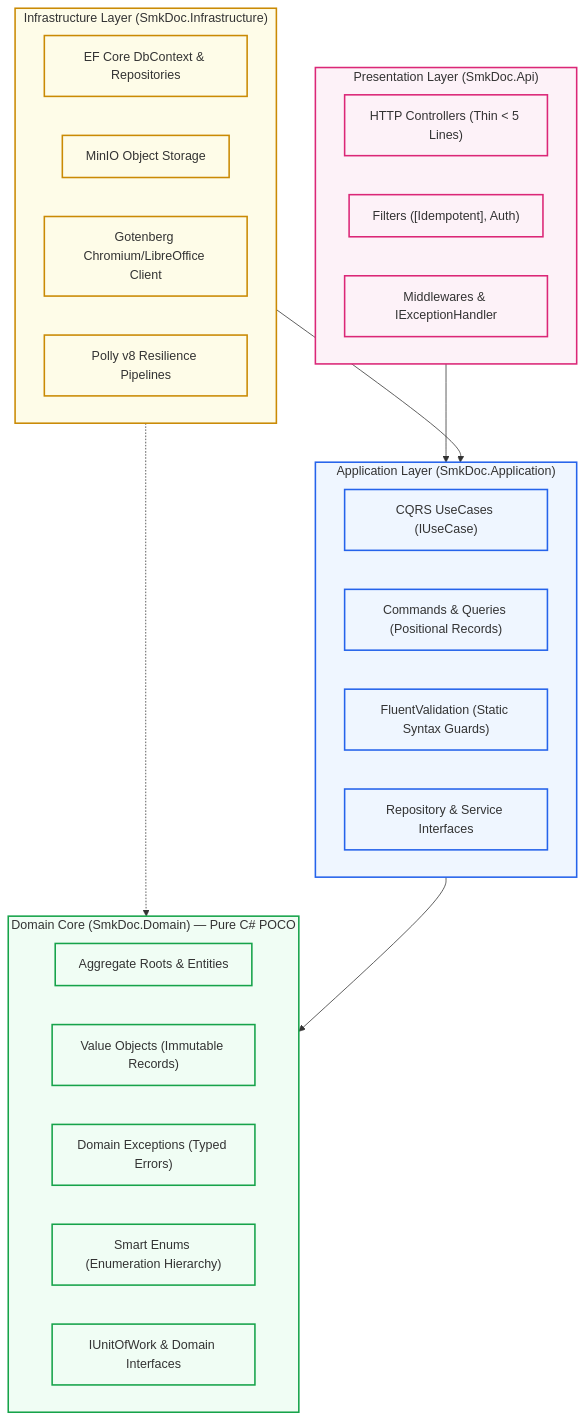
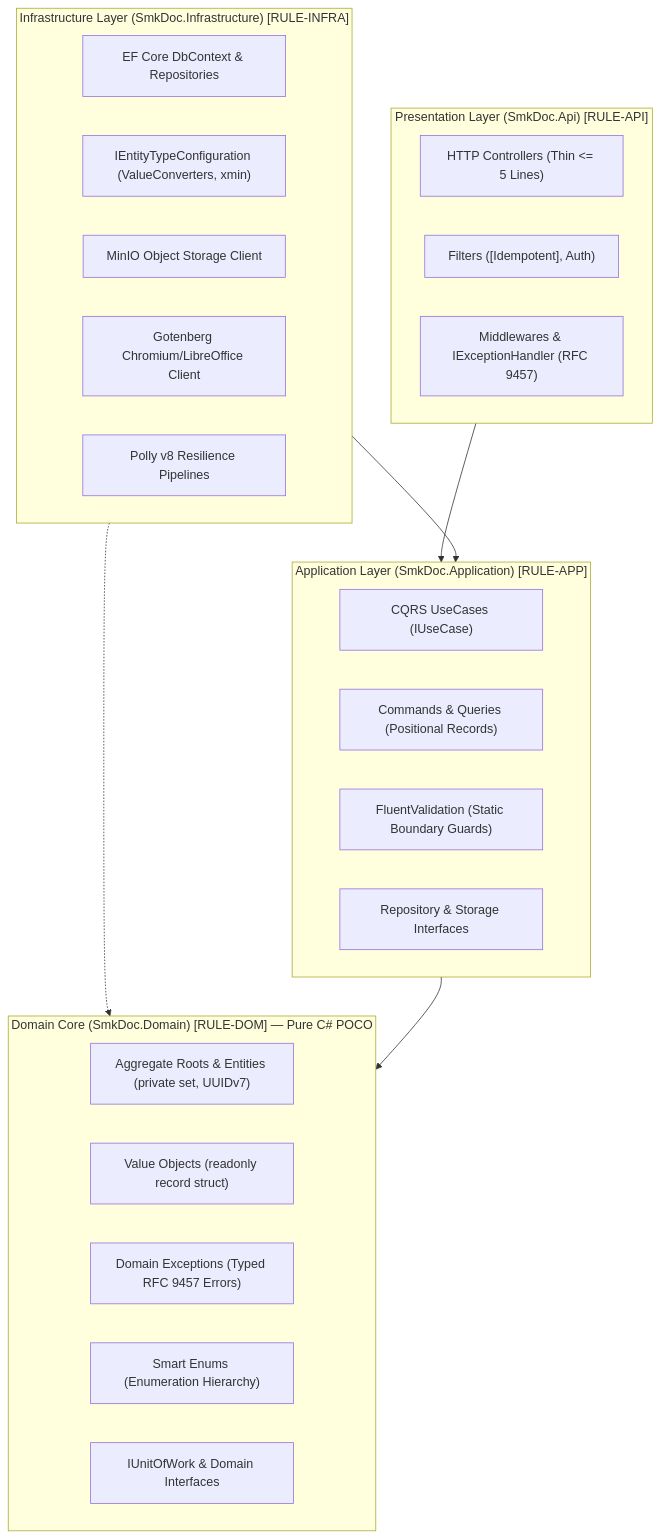
Before and after one commit to suang05/doc_template: the first of 2 diagrams in docs/AI/PATTERNS.md, drawn with Mermaid. The commit also changed other lines of this file and 1 other file, not shown here.

````diff
--- a/docs/AI/PATTERNS.md
+++ b/docs/AI/PATTERNS.md
@@ -15,45 +16,36 @@
 ```mermaid
 graph TD
-    subgraph Presentation ["Presentation Layer (SmkDoc.Api)"]
-        Controllers["HTTP Controllers (Thin < 5 Lines)"]
+    subgraph Presentation ["Presentation Layer (SmkDoc.Api) [RULE-API]"]
+        Controllers["HTTP Controllers (Thin <= 5 Lines)"]
         Filters["Filters ([Idempotent], Auth)"]
-        Middlewares["Middlewares & IExceptionHandler"]
+        Middlewares["Middlewares & IExceptionHandler (RFC 9457)"]
     end
 
-    subgraph Application ["Application Layer (SmkDoc.Application)"]
+    subgraph Application ["Application Layer (SmkDoc.Application) [RULE-APP]"]
         UseCases["CQRS UseCases (IUseCase<TCommand, TResult>)"]
         Commands["Commands & Queries (Positional Records)"]
-        Validators["FluentValidation (Static Syntax Guards)"]
-        AppInterfaces["Repository & Service Interfaces"]
+        Validators["FluentValidation (Static Boundary Guards)"]
+        AppInterfaces["Repository & Storage Interfaces"]
     end
 
-    subgraph Infrastructure ["Infrastructure Layer (SmkDoc.Infrastructure)"]
+    subgraph Infrastructure ["Infrastructure Layer (SmkDoc.Infrastructure) [RULE-INFRA]"]
         EfCore["EF Core DbContext & Repositories"]
-        MinioStore["MinIO Object Storage"]
+        FluentConfig["IEntityTypeConfiguration<T> (ValueConverters, xmin)"]
+        MinioStore["MinIO Object Storage Client"]
         GotenbergClient["Gotenberg Chromium/LibreOffice Client"]
         Resilience["Polly v8 Resilience Pipelines"]
     end
 
-    subgraph Domain ["Domain Core (SmkDoc.Domain) — Pure C# POCO"]
-        Aggregates["Aggregate Roots & Entities"]
-        ValueObjects["Value Objects (Immutable Records)"]
-        DomainExceptions["Domain Exceptions (Typed Errors)"]
+    subgraph Domain ["Domain Core (SmkDoc.Domain) [RULE-DOM] — Pure C# POCO"]
+        Aggregates["Aggregate Roots & Entities (private set, UUIDv7)"]
+        ValueObjects["Value Objects (readonly record struct)"]
+        DomainExceptions["Domain Exceptions (Typed RFC 9457 Errors)"]
         SmartEnums["Smart Enums (Enumeration Hierarchy)"]
         DomainInterfaces["IUnitOfWork & Domain Interfaces"]
     end
 
     Presentation --> Application
     Infrastructure --> Application
     Infrastructure -.-> Domain
     Application --> Domain
-
-    classDef domain fill:#f0fdf4,stroke:#16a34a,stroke-width:2px;
-    classDef app fill:#eff6ff,stroke:#2563eb,stroke-width:2px;
-    classDef infra fill:#fefce8,stroke:#ca8a04,stroke-width:2px;
-    classDef pres fill:#fdf2f8,stroke:#db2777,stroke-width:2px;
-
-    class Domain,Aggregates,ValueObjects,DomainExceptions,SmartEnums,DomainInterfaces domain;
-    class Application,UseCases,Commands,Validators,AppInterfaces app;
-    class Infrastructure,EfCore,MinioStore,GotenbergClient,Resilience infra;
-    class Presentation,Controllers,Filters,Middlewares pres;
 ```
````
